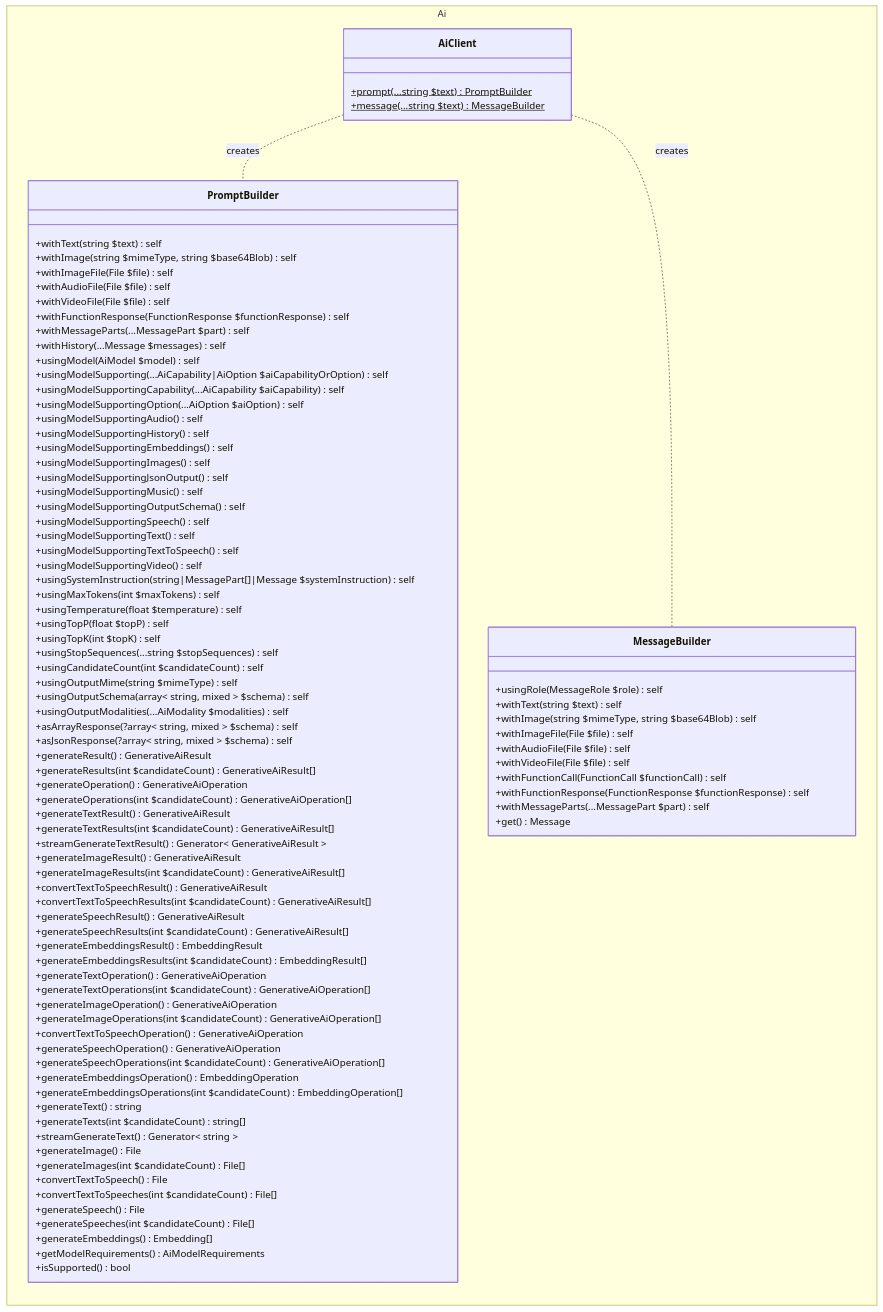
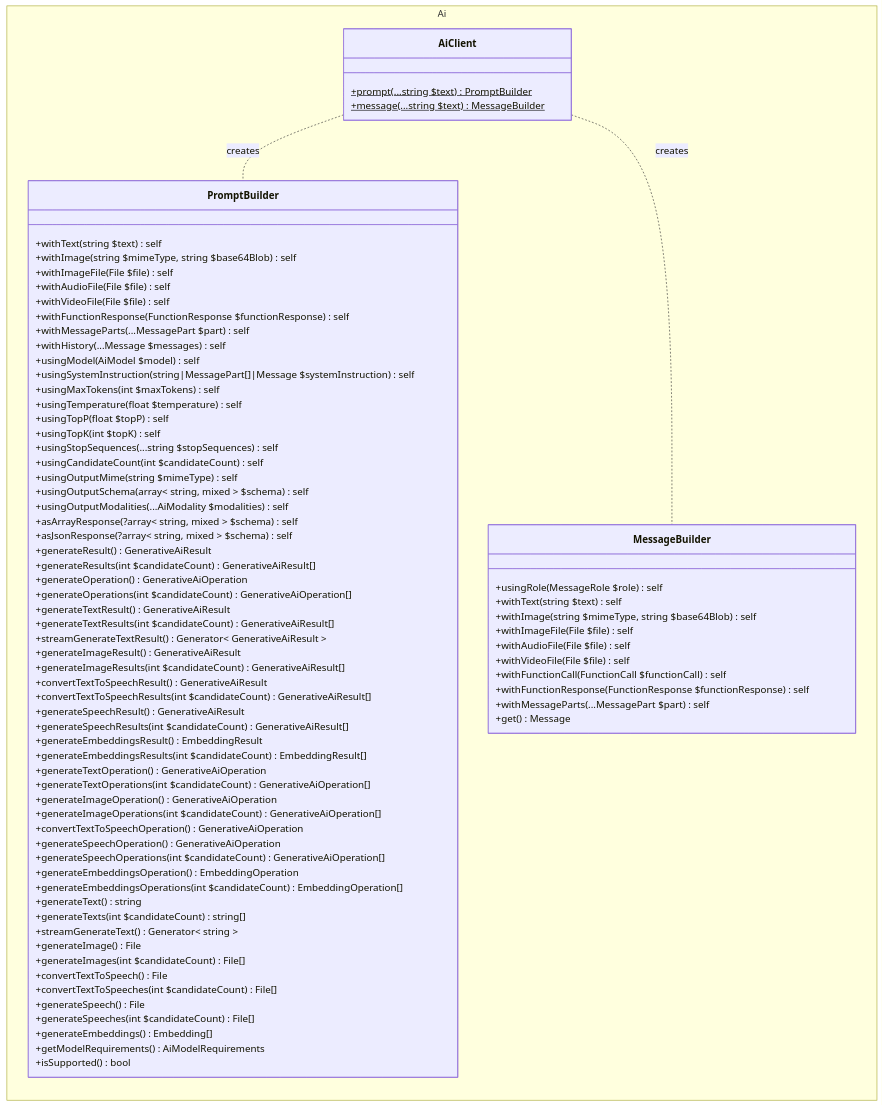
Before and after one commit to WordPress/php-ai-client: the first of 5 diagrams in docs/ARCHITECTURE.md, drawn with Mermaid. The commit also changed other lines of this file, not shown here.

Commit message:
Remove the superfluous usingModelSupporting*() methods

```diff
--- a/docs/ARCHITECTURE.md
+++ b/docs/ARCHITECTURE.md
@@ -320,20 +327,6 @@
             +withMessageParts(...MessagePart $part) self
             +withHistory(...Message $messages) self
             +usingModel(AiModel $model) self
-            +usingModelSupporting(...AiCapability|AiOption $aiCapabilityOrOption) self
-            +usingModelSupportingCapability(...AiCapability $aiCapability) self
-            +usingModelSupportingOption(...AiOption $aiOption) self
-            +usingModelSupportingAudio() self
-            +usingModelSupportingHistory() self
-            +usingModelSupportingEmbeddings() self
-            +usingModelSupportingImages() self
-            +usingModelSupportingJsonOutput() self
-            +usingModelSupportingMusic() self
-            +usingModelSupportingOutputSchema() self
-            +usingModelSupportingSpeech() self
-            +usingModelSupportingText() self
-            +usingModelSupportingTextToSpeech() self
-            +usingModelSupportingVideo() self
             +usingSystemInstruction(string|MessagePart[]|Message $systemInstruction) self
             +usingMaxTokens(int $maxTokens) self
             +usingTemperature(float $temperature) self
```
